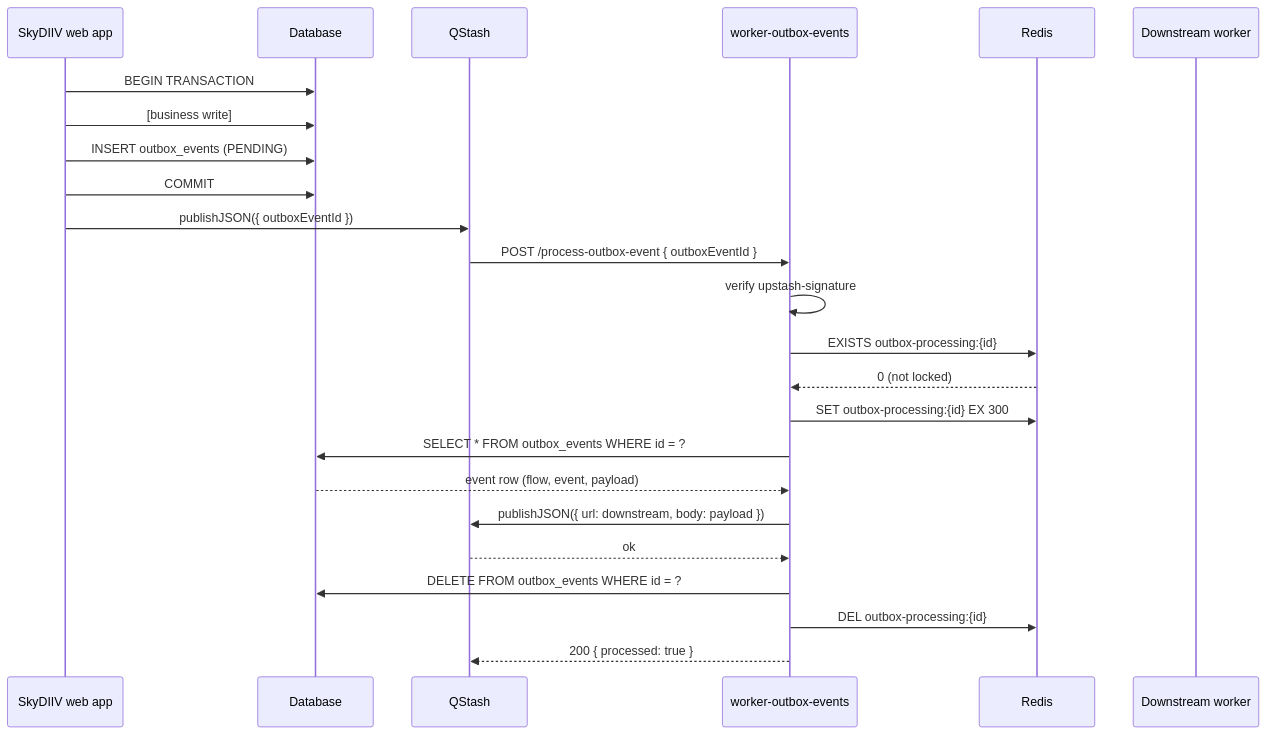
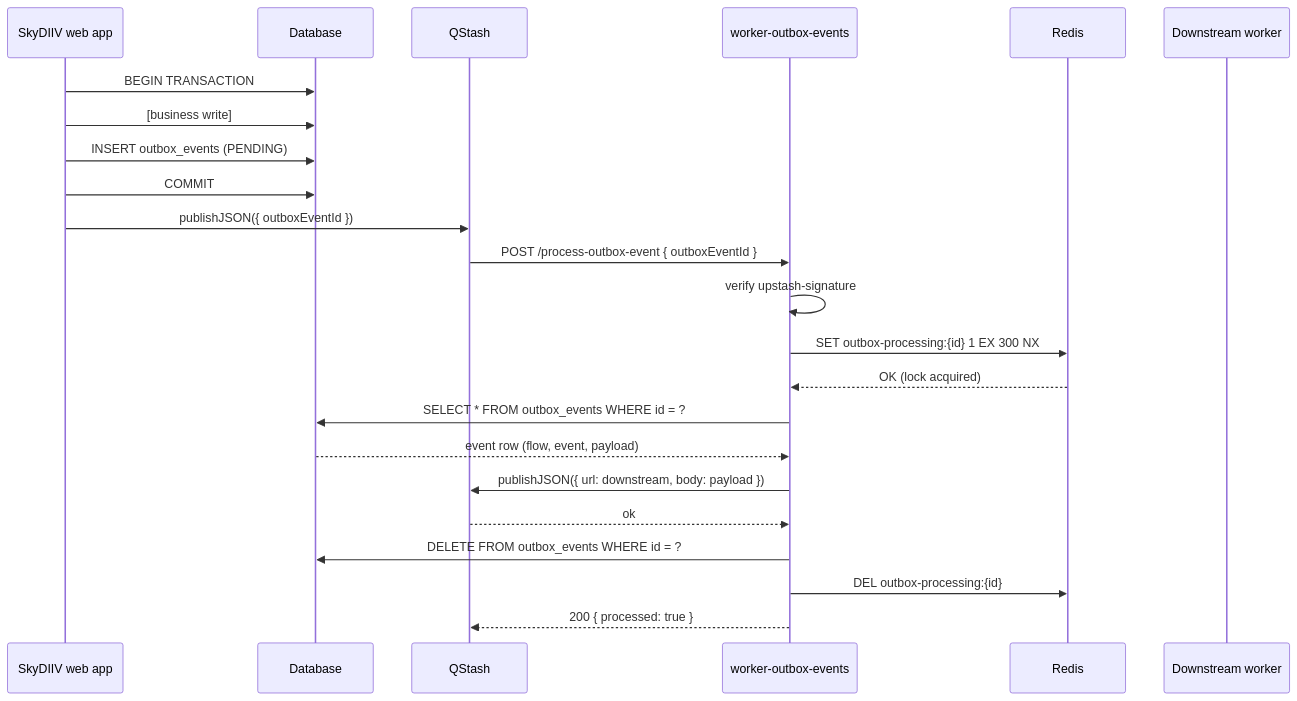
The second of 2 diagrams in apps/worker-outbox-events/docs/PROCESS_OUTBOX_EVENT.md (emmanuelviniciusdev/SkyDIIV--backstage), drawn with Mermaid before and after one commit. The commit also changed other lines of this file and 6 other files, not shown here.

````diff
--- a/apps/worker-outbox-events/docs/PROCESS_OUTBOX_EVENT.md
+++ b/apps/worker-outbox-events/docs/PROCESS_OUTBOX_EVENT.md
@@ -347,28 +315,27 @@
 ```mermaid
 sequenceDiagram
     participant WEB as SkyDIIV web app
     participant DB as Database
     participant MQ as QStash
     participant WORKER as worker-outbox-events
     participant REDIS as Redis
     participant DS as Downstream worker
 
     WEB->>DB: BEGIN TRANSACTION
     WEB->>DB: [business write]
     WEB->>DB: INSERT outbox_events (PENDING)
     WEB->>DB: COMMIT
     WEB->>MQ: publishJSON({ outboxEventId })
 
     MQ->>WORKER: POST /process-outbox-event { outboxEventId }
     WORKER->>WORKER: verify upstash-signature
-    WORKER->>REDIS: EXISTS outbox-processing:{id}
-    REDIS-->>WORKER: 0 (not locked)
-    WORKER->>REDIS: SET outbox-processing:{id} EX 300
+    WORKER->>REDIS: SET outbox-processing:{id} 1 EX 300 NX
+    REDIS-->>WORKER: OK (lock acquired)
     WORKER->>DB: SELECT * FROM outbox_events WHERE id = ?
     DB-->>WORKER: event row (flow, event, payload)
     WORKER->>MQ: publishJSON({ url: downstream, body: payload })
     MQ-->>WORKER: ok
     WORKER->>DB: DELETE FROM outbox_events WHERE id = ?
     WORKER->>REDIS: DEL outbox-processing:{id}
     WORKER-->>MQ: 200 { processed: true }
 ```
````
